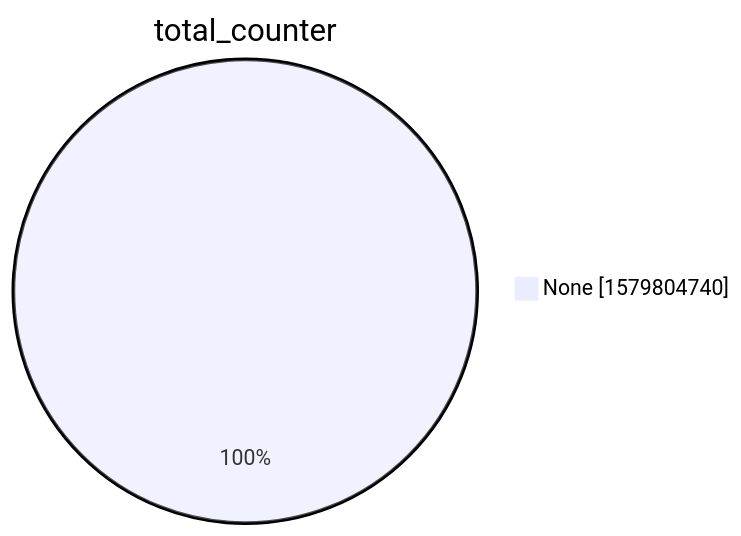
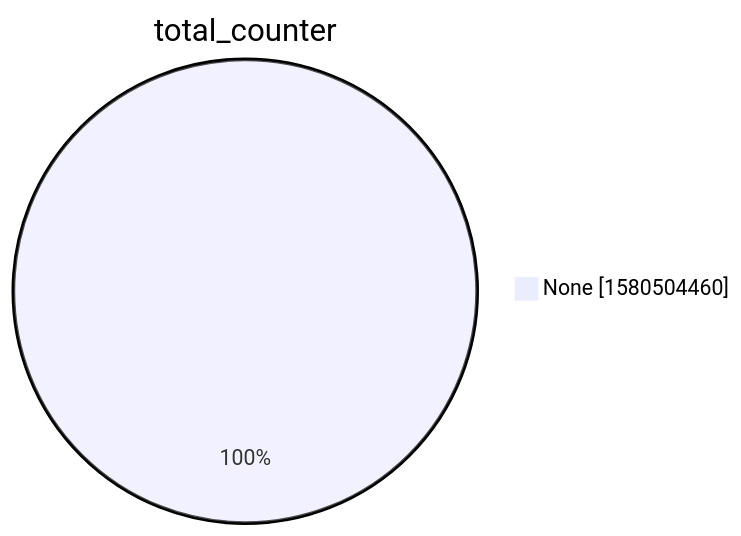
One commit to christiankrug/ctmonitor_visualization changed the second of 15 diagrams in xenon2022/README.md. Above: the diagram before and after it, drawn with Mermaid. The commit also changed other lines of this file, not shown here.

````diff
--- a/xenon2022/README.md
+++ b/xenon2022/README.md
@@ -9,5 +9,5 @@
 ```mermaid
 pie showData
 title total_counter
-"None" :1579804740
+"None" :1580504460
 ```
````
